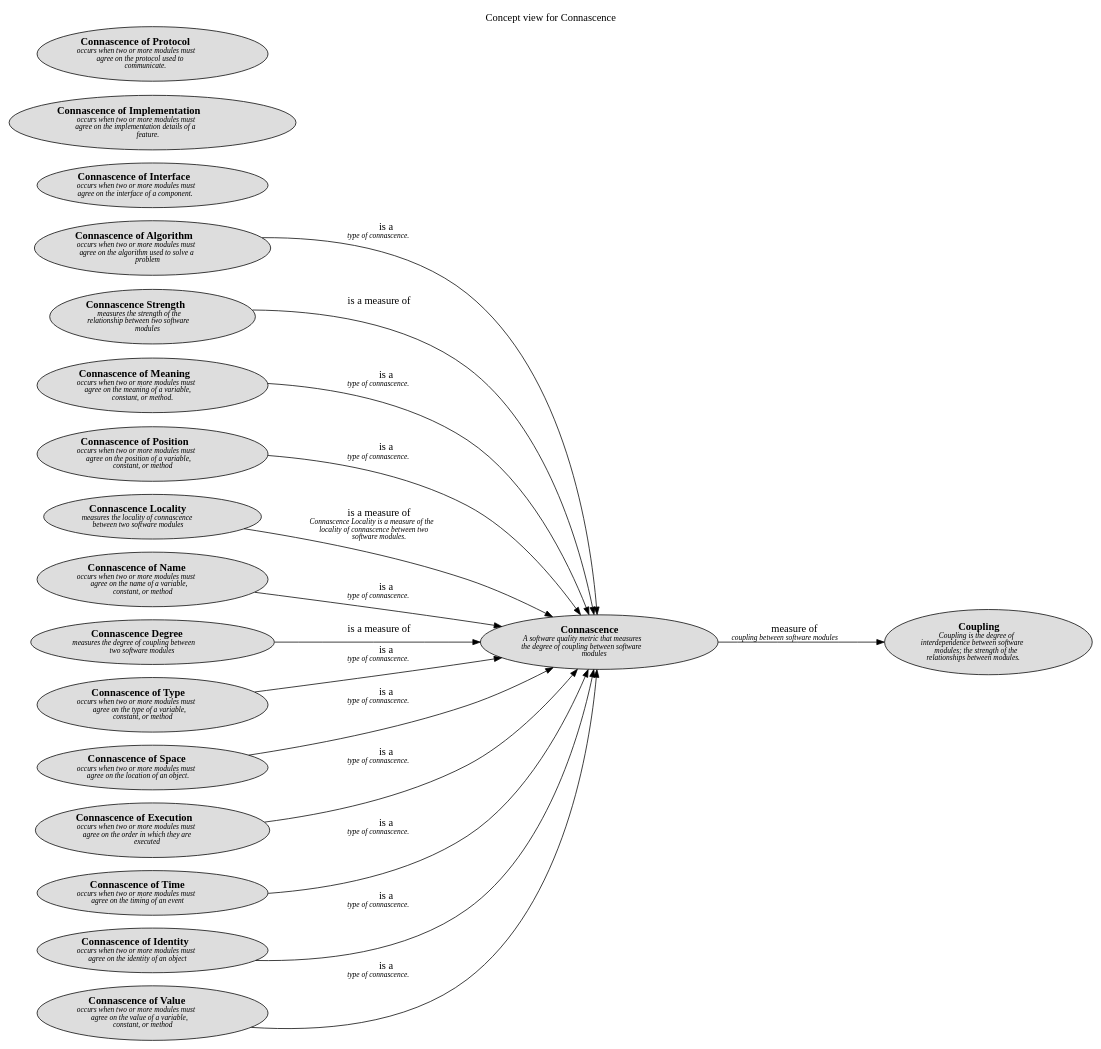
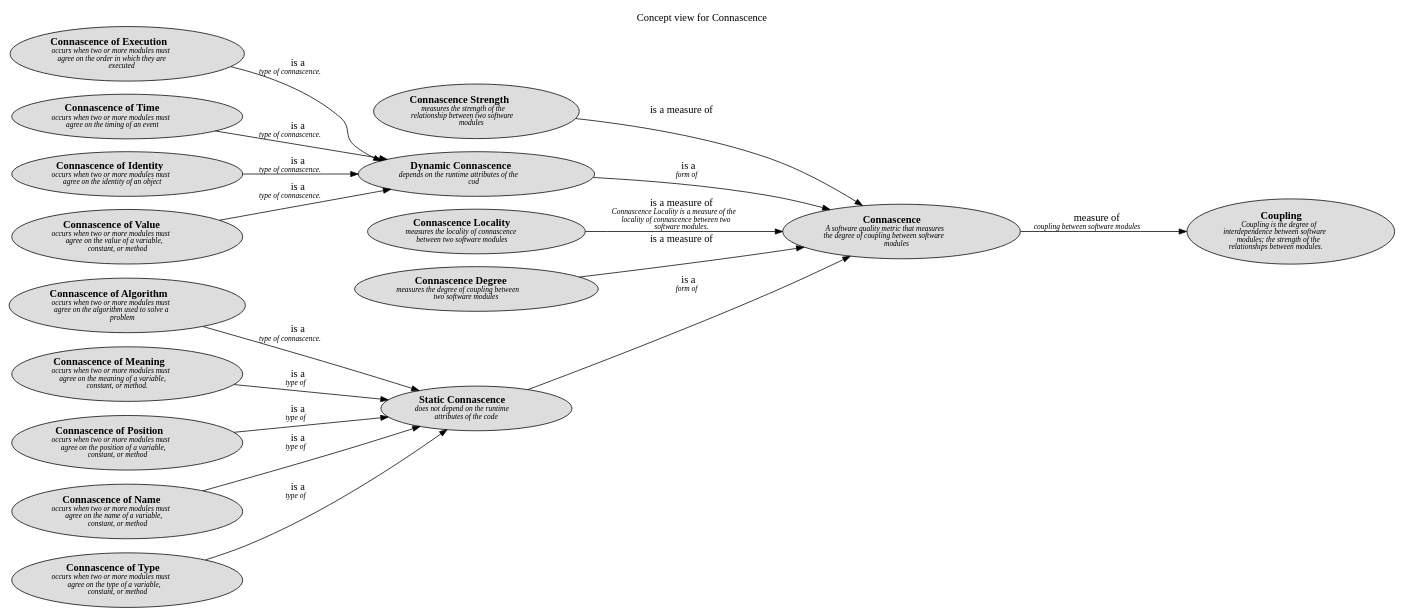
Before and after one commit to lsolbach/overarch-models: the diagram in docs/software-development/complexity/connascence/concept-view.dot, drawn with Graphviz. The commit also changed 28 other files, not shown here.

```diff
--- a/docs/software-development/complexity/connascence/concept-view.dot
+++ b/docs/software-development/complexity/connascence/concept-view.dot
@@ -1,43 +1,42 @@
 digraph "Concept view for Connascence" {
   labelloc= "t"
   label="Concept view for Connascence"
   rankdir="LR"
 
   layout=dot
+software_development_complexity_connascence__static_connascence [shape=ellipse style=filled fillcolor="#dddddd" label=<<B>Static Connascence</B><BR/><FONT POINT-SIZE="10"><I>does not depend on the runtime<BR/>attributes of the code </I></FONT>>]
 software_development_complexity_connascence__connascence_of_algorithm [shape=ellipse style=filled fillcolor="#dddddd" label=<<B>Connascence of Algorithm</B><BR/><FONT POINT-SIZE="10"><I>occurs when two or more modules must<BR/>agree on the algorithm used to solve a<BR/>problem </I></FONT>>]
 software_development_complexity__coupling [shape=ellipse style=filled fillcolor="#dddddd" label=<<B> Coupling </B><BR/><FONT POINT-SIZE="10"><I> Coupling is the degree of<BR/>interdependence between software<BR/>modules; the strength of the<BR/>relationships between modules. </I></FONT>>]
 software_development_complexity_connascence__connascence_strength [shape=ellipse style=filled fillcolor="#dddddd" label=<<B>Connascence Strength</B><BR/><FONT POINT-SIZE="10"><I>measures the strength of the<BR/>relationship between two software<BR/>modules </I></FONT>>]
 software_development_complexity_connascence__connascence_of_meaning [shape=ellipse style=filled fillcolor="#dddddd" label=<<B>Connascence of Meaning</B><BR/><FONT POINT-SIZE="10"><I>occurs when two or more modules must<BR/>agree on the meaning of a variable,<BR/>constant, or method. </I></FONT>>]
+software_development_complexity_connascence__dynamic_connascence [shape=ellipse style=filled fillcolor="#dddddd" label=<<B>Dynamic Connascence</B><BR/><FONT POINT-SIZE="10"><I>depends on the runtime attributes of the<BR/>cod </I></FONT>>]
 software_development_complexity_connascence__connascence_of_position [shape=ellipse style=filled fillcolor="#dddddd" label=<<B>Connascence of Position</B><BR/><FONT POINT-SIZE="10"><I>occurs when two or more modules must<BR/>agree on the position of a variable,<BR/>constant, or method </I></FONT>>]
 software_development_complexity_connascence__connascence_locality [shape=ellipse style=filled fillcolor="#dddddd" label=<<B>Connascence Locality</B><BR/><FONT POINT-SIZE="10"><I>measures the locality of connascence<BR/>between two software modules </I></FONT>>]
-software_development_complexity_connascence__connascence_of_interface [shape=ellipse style=filled fillcolor="#dddddd" label=<<B>Connascence of Interface</B><BR/><FONT POINT-SIZE="10"><I>occurs when two or more modules must<BR/>agree on the interface of a component. </I></FONT>>]
 software_development_complexity_connascence__connascence_of_name [shape=ellipse style=filled fillcolor="#dddddd" label=<<B>Connascence of Name</B><BR/><FONT POINT-SIZE="10"><I>occurs when two or more modules must<BR/>agree on the name of a variable,<BR/>constant, or method </I></FONT>>]
-software_development_complexity_connascence__connascence_of_implementation [shape=ellipse style=filled fillcolor="#dddddd" label=<<B>Connascence of Implementation</B><BR/><FONT POINT-SIZE="10"><I>occurs when two or more modules must<BR/>agree on the implementation details of a<BR/>feature. </I></FONT>>]
 software_development_complexity_connascence__connascence_degree [shape=ellipse style=filled fillcolor="#dddddd" label=<<B>Connascence Degree</B><BR/><FONT POINT-SIZE="10"><I>measures the degree of coupling between<BR/>two software modules </I></FONT>>]
 software_development_complexity_connascence__connascence_of_type [shape=ellipse style=filled fillcolor="#dddddd" label=<<B>Connascence of Type</B><BR/><FONT POINT-SIZE="10"><I>occurs when two or more modules must<BR/>agree on the type of a variable,<BR/>constant, or method </I></FONT>>]
-software_development_complexity_connascence__connascence_of_space [shape=ellipse style=filled fillcolor="#dddddd" label=<<B>Connascence of Space</B><BR/><FONT POINT-SIZE="10"><I>occurs when two or more modules must<BR/>agree on the location of an object. </I></FONT>>]
 software_development_complexity_connascence__connascence_of_execution [shape=ellipse style=filled fillcolor="#dddddd" label=<<B>Connascence of Execution</B><BR/><FONT POINT-SIZE="10"><I>occurs when two or more modules must<BR/>agree on the order in which they are<BR/>executed </I></FONT>>]
 software_development_complexity_connascence__connascence_of_time [shape=ellipse style=filled fillcolor="#dddddd" label=<<B>Connascence of Time</B><BR/><FONT POINT-SIZE="10"><I>occurs when two or more modules must<BR/>agree on the timing of an event </I></FONT>>]
 software_development_complexity_connascence__connascence_of_identity [shape=ellipse style=filled fillcolor="#dddddd" label=<<B>Connascence of Identity</B><BR/><FONT POINT-SIZE="10"><I>occurs when two or more modules must<BR/>agree on the identity of an object </I></FONT>>]
 software_development_complexity_connascence__connascence_of_value [shape=ellipse style=filled fillcolor="#dddddd" label=<<B>Connascence of Value</B><BR/><FONT POINT-SIZE="10"><I>occurs when two or more modules must<BR/>agree on the value of a variable,<BR/>constant, or method </I></FONT>>]
-software_development_complexity_connascence__connascence_of_protocol [shape=ellipse style=filled fillcolor="#dddddd" label=<<B>Connascence of Protocol</B><BR/><FONT POINT-SIZE="10"><I>occurs when two or more modules must<BR/>agree on the protocol used to<BR/>communicate. </I></FONT>>]
 software_development_complexity_connascence__connascence [shape=ellipse style=filled fillcolor="#dddddd" label=<<B>Connascence</B><BR/><FONT POINT-SIZE="10"><I>A software quality metric that measures<BR/>the degree of coupling between software<BR/>modules </I></FONT>>]
  
-software_development_complexity_connascence__connascence_of_type -> software_development_complexity_connascence__connascence [label=<is a<BR/><FONT POINT-SIZE="10"><I>type of connascence. </I></FONT>>]
-software_development_complexity_connascence__connascence_of_space -> software_development_complexity_connascence__connascence [label=<is a<BR/><FONT POINT-SIZE="10"><I>type of connascence. </I></FONT>>]
+software_development_complexity_connascence__connascence_of_value -> software_development_complexity_connascence__dynamic_connascence [label=<is a<BR/><FONT POINT-SIZE="10"><I>type of connascence. </I></FONT>>]
+software_development_complexity_connascence__dynamic_connascence -> software_development_complexity_connascence__connascence [label=<is a<BR/><FONT POINT-SIZE="10"><I>form of </I></FONT>>]
+software_development_complexity_connascence__connascence_of_type -> software_development_complexity_connascence__static_connascence [label=<is a<BR/><FONT POINT-SIZE="10"><I>type of </I></FONT>>]
+software_development_complexity_connascence__connascence_of_name -> software_development_complexity_connascence__static_connascence [label=<is a<BR/><FONT POINT-SIZE="10"><I>type of </I></FONT>>]
 software_development_complexity_connascence__connascence_degree -> software_development_complexity_connascence__connascence [label=<is a measure of<BR/><FONT POINT-SIZE="10"><I> </I></FONT>>]
-software_development_complexity_connascence__connascence_of_value -> software_development_complexity_connascence__connascence [label=<is a<BR/><FONT POINT-SIZE="10"><I>type of connascence. </I></FONT>>]
-software_development_complexity_connascence__connascence_of_name -> software_development_complexity_connascence__connascence [label=<is a<BR/><FONT POINT-SIZE="10"><I>type of connascence. </I></FONT>>]
-software_development_complexity_connascence__connascence_of_meaning -> software_development_complexity_connascence__connascence [label=<is a<BR/><FONT POINT-SIZE="10"><I>type of connascence. </I></FONT>>]
+software_development_complexity_connascence__connascence_of_algorithm -> software_development_complexity_connascence__static_connascence [label=<is a<BR/><FONT POINT-SIZE="10"><I>type of connascence. </I></FONT>>]
+software_development_complexity_connascence__connascence_of_meaning -> software_development_complexity_connascence__static_connascence [label=<is a<BR/><FONT POINT-SIZE="10"><I>type of </I></FONT>>]
+software_development_complexity_connascence__connascence_of_time -> software_development_complexity_connascence__dynamic_connascence [label=<is a<BR/><FONT POINT-SIZE="10"><I>type of connascence. </I></FONT>>]
 software_development_complexity_connascence__connascence -> software_development_complexity__coupling [label=<measure of<BR/><FONT POINT-SIZE="10"><I>coupling between software modules </I></FONT>>]
-software_development_complexity_connascence__connascence_of_identity -> software_development_complexity_connascence__connascence [label=<is a<BR/><FONT POINT-SIZE="10"><I>type of connascence. </I></FONT>>]
+software_development_complexity_connascence__static_connascence -> software_development_complexity_connascence__connascence [label=<is a<BR/><FONT POINT-SIZE="10"><I>form of </I></FONT>>]
 software_development_complexity_connascence__connascence_strength -> software_development_complexity_connascence__connascence [label=<is a measure of<BR/><FONT POINT-SIZE="10"><I> </I></FONT>>]
-software_development_complexity_connascence__connascence_of_position -> software_development_complexity_connascence__connascence [label=<is a<BR/><FONT POINT-SIZE="10"><I>type of connascence. </I></FONT>>]
-software_development_complexity_connascence__connascence_of_algorithm -> software_development_complexity_connascence__connascence [label=<is a<BR/><FONT POINT-SIZE="10"><I>type of connascence. </I></FONT>>]
+software_development_complexity_connascence__connascence_of_execution -> software_development_complexity_connascence__dynamic_connascence [label=<is a<BR/><FONT POINT-SIZE="10"><I>type of connascence. </I></FONT>>]
 software_development_complexity_connascence__connascence_locality -> software_development_complexity_connascence__connascence [label=<is a measure of<BR/><FONT POINT-SIZE="10"><I>Connascence Locality is a measure of the<BR/>locality of connascence between two<BR/>software modules. </I></FONT>>]
-software_development_complexity_connascence__connascence_of_execution -> software_development_complexity_connascence__connascence [label=<is a<BR/><FONT POINT-SIZE="10"><I>type of connascence. </I></FONT>>]
-software_development_complexity_connascence__connascence_of_time -> software_development_complexity_connascence__connascence [label=<is a<BR/><FONT POINT-SIZE="10"><I>type of connascence. </I></FONT>>]
+software_development_complexity_connascence__connascence_of_identity -> software_development_complexity_connascence__dynamic_connascence [label=<is a<BR/><FONT POINT-SIZE="10"><I>type of connascence. </I></FONT>>]
+software_development_complexity_connascence__connascence_of_position -> software_development_complexity_connascence__static_connascence [label=<is a<BR/><FONT POINT-SIZE="10"><I>type of </I></FONT>>]
  
 }
 
 // (generated by Overarch with template views/view.dot.cmb)
```
